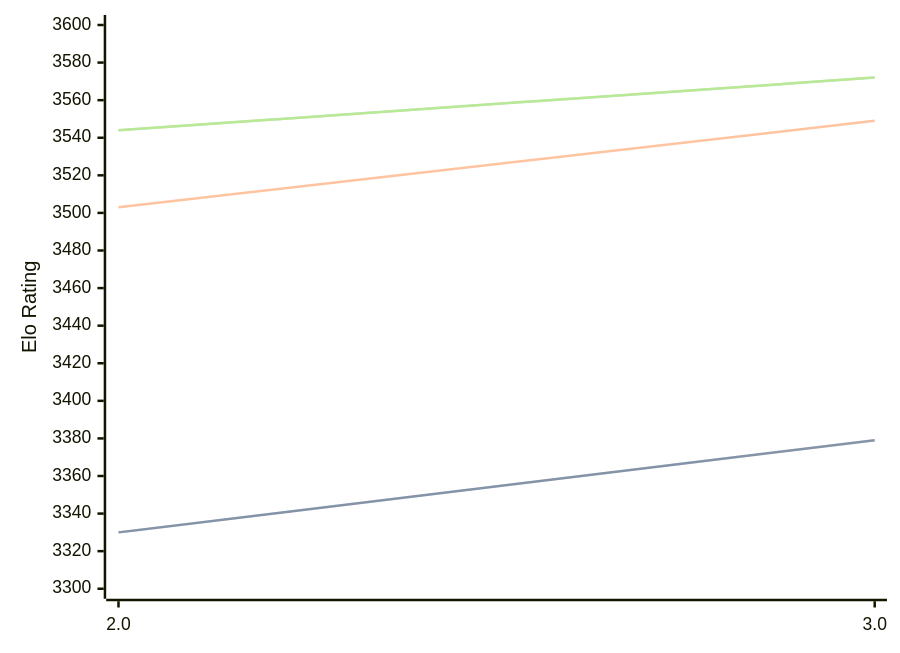
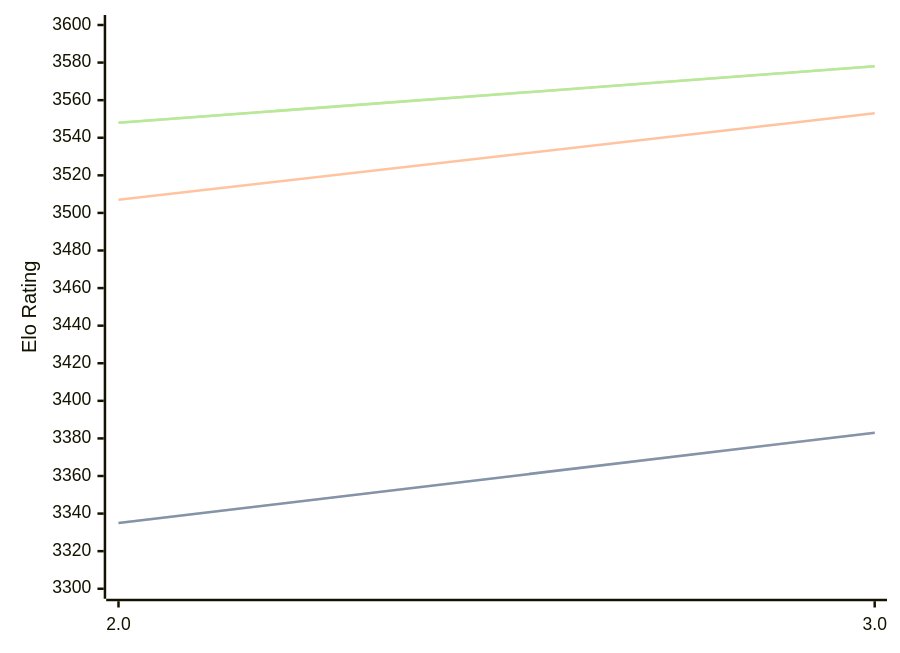
Before and after one commit to computer-chess-index/cci: the diagram in engines/Quanticade.md, drawn with Mermaid. The commit also changed other lines of this file, not shown here.

Commit message:
Update CCI Ratings (ELO VLTC) - 2026-04-18

````diff
--- a/engines/Quanticade.md
+++ b/engines/Quanticade.md
@@ -41,11 +41,11 @@
 ```mermaid
 %%{init: {"theme":"base","themeVariables":{"seriesColors:['#a3a3a3','#222221','#faa371']}}}%%
 xychart-beta
   x-axis ["2.0", "3.0"]
   y-axis "Elo Rating" 3300 --> 3600
-  line "STC (8.0+0.08s)" [3330, 3379]
-  line "STC (8.0+0.08s)" [3330, 3379]
-  line "LTC (60.0+0.60s)" [3503, 3549]
-  line "VLTC (2m24s+1.12s)" [3544, 3572]
-  line "VLTC (2m24s+1.12s)" [3544, 3572]
+  line "STC (8.0+0.08s)" [3335, 3383]
+  line "STC (8.0+0.08s)" [3335, 3383]
+  line "LTC (60.0+0.60s)" [3507, 3553]
+  line "VLTC (2m24s+1.12s)" [3548, 3578]
+  line "VLTC (2m24s+1.12s)" [3548, 3578]
 ```
````
